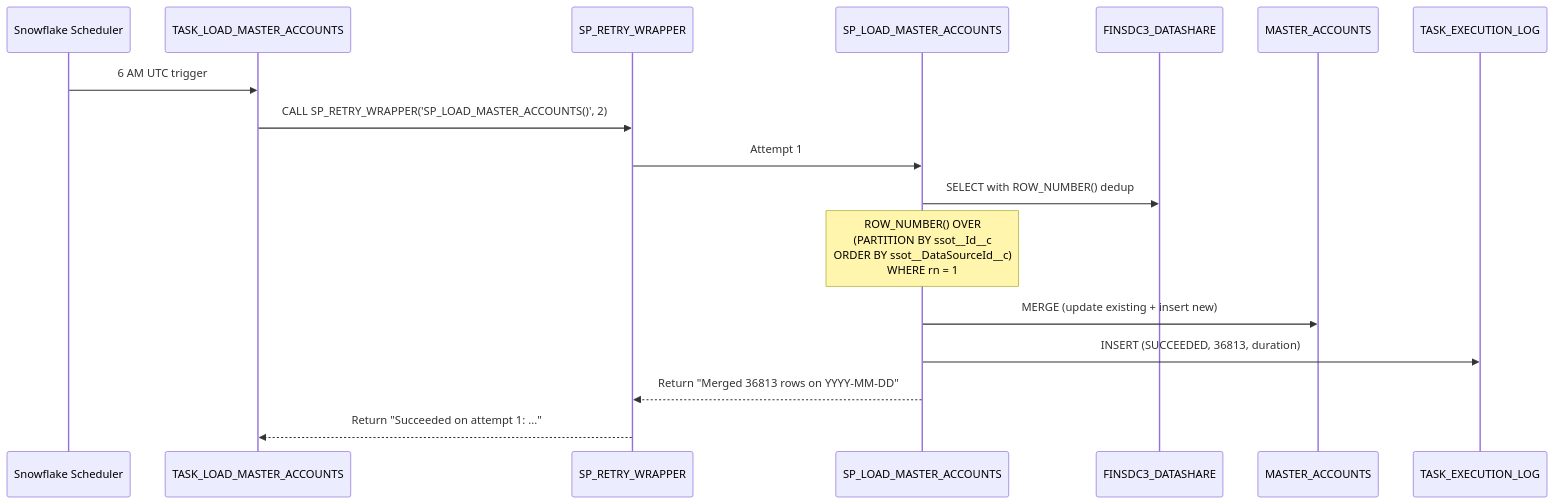
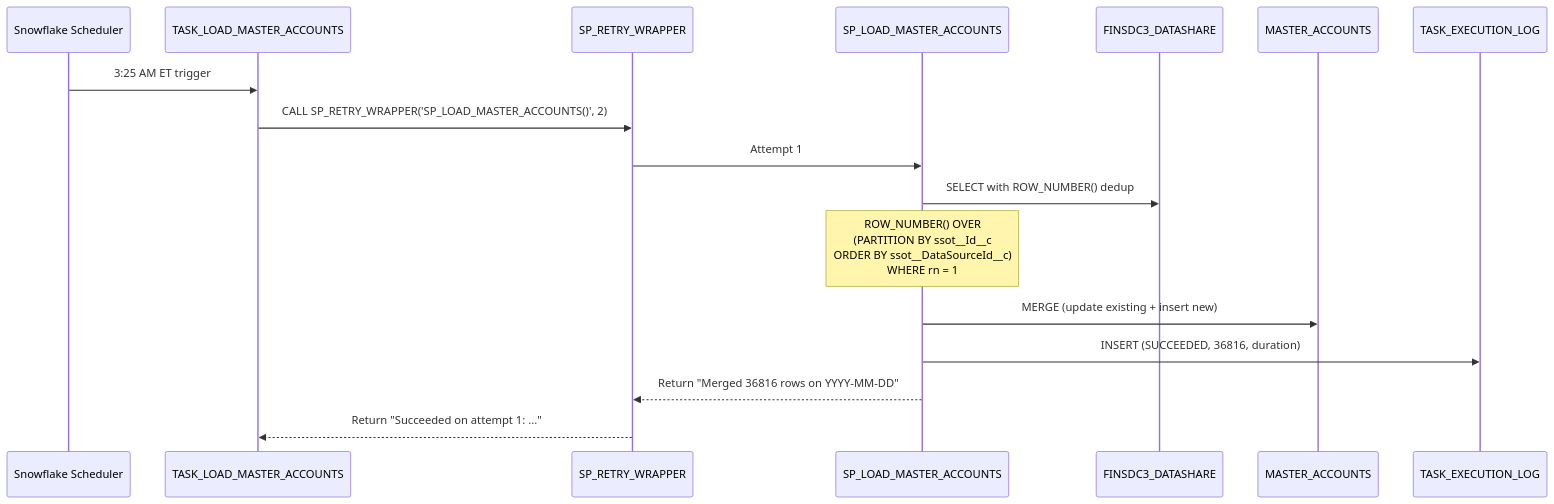
Before and after one commit to josers18/JDO: the fourth of 5 diagrams in Snowflake/docs/ARCHITECTURE.md, drawn with Mermaid. The commit also changed other lines of this file and 167 other files, not shown here.

````diff
--- a/Snowflake/docs/ARCHITECTURE.md
+++ b/Snowflake/docs/ARCHITECTURE.md
@@ -196,20 +196,20 @@
 ```mermaid
 sequenceDiagram
     participant CRON as Snowflake Scheduler
     participant TASK as TASK_LOAD_MASTER_ACCOUNTS
     participant RW as SP_RETRY_WRAPPER
     participant SP as SP_LOAD_MASTER_ACCOUNTS
     participant DS as FINSDC3_DATASHARE
     participant MA as MASTER_ACCOUNTS
     participant LOG as TASK_EXECUTION_LOG
 
-    CRON->>TASK: 6 AM UTC trigger
+    CRON->>TASK: 3:25 AM ET trigger
     TASK->>RW: CALL SP_RETRY_WRAPPER('SP_LOAD_MASTER_ACCOUNTS()', 2)
     RW->>SP: Attempt 1
     SP->>DS: SELECT with ROW_NUMBER() dedup
     Note over SP: ROW_NUMBER() OVER<br/>(PARTITION BY ssot__Id__c<br/>ORDER BY ssot__DataSourceId__c)<br/>WHERE rn = 1
     SP->>MA: MERGE (update existing + insert new)
-    SP->>LOG: INSERT (SUCCEEDED, 36813, duration)
-    SP-->>RW: Return "Merged 36813 rows on YYYY-MM-DD"
+    SP->>LOG: INSERT (SUCCEEDED, 36816, duration)
+    SP-->>RW: Return "Merged 36816 rows on YYYY-MM-DD"
     RW-->>TASK: Return "Succeeded on attempt 1: ..."
 ```
````
